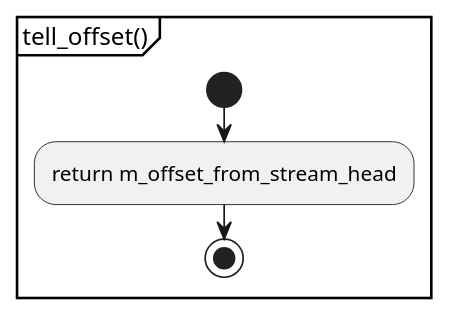
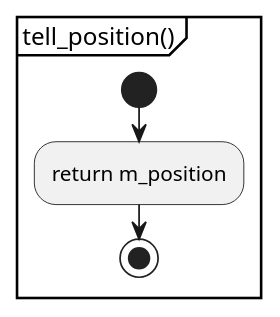
Before and after one commit to KodaiYM/PDFReader: the second of 3 diagrams in document/document_reader/document_error.activity.pu, drawn with PlantUML. The commit also changed other lines of this file and 74 other files, not shown here.

```diff
--- a/document/document_reader/document_error.activity.pu
+++ b/document/document_reader/document_error.activity.pu
@@ -1,7 +9,7 @@
-@startuml position_indicatable_error_tell_offset
-partition "tell_offset()" {
+@startuml position_indicatable_error_tell_position
+partition "tell_position()" {
 start
-	:return m_offset_from_stream_head;
+	:return m_position;
 stop
 }
 @enduml
```
